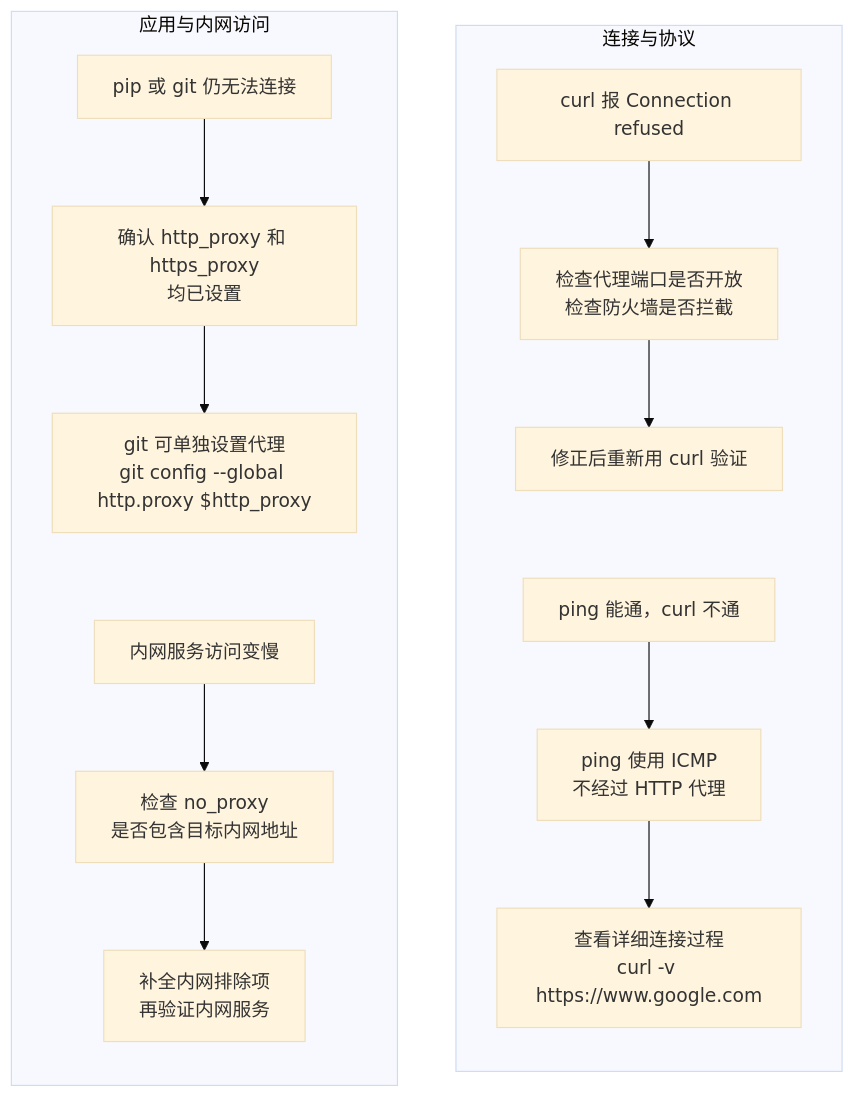
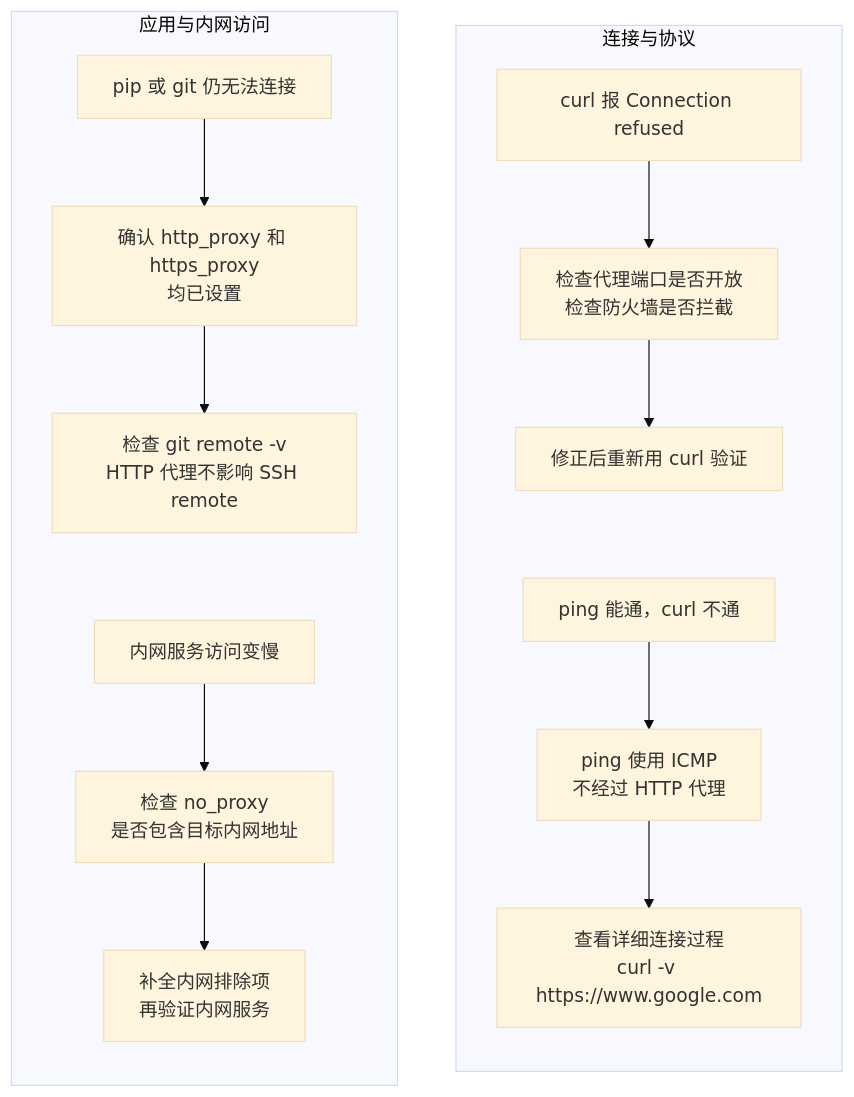
Before and after one commit to Jackie-Daddy/Lab-Tutorial: the diagram in diagrams/zh/proxy-troubleshoot.mmd, drawn with Mermaid (base theme). The commit also changed 77 other files, not shown here.

```diff
--- a/diagrams/zh/proxy-troubleshoot.mmd
+++ b/diagrams/zh/proxy-troubleshoot.mmd
@@ -1,28 +1,28 @@
 flowchart TB
   accTitle: 按症状排查代理连接
   accDescr: 按连接拒绝、ping 与 curl 表现不同、应用无法连接、内网变慢四种症状检查端口、防火墙、代理变量及 no_proxy。ping 使用 ICMP，不能用来验证 HTTP 代理。
 
 subgraph network["连接与协议"]
     direction TB
     refused["curl 报 Connection refused"]
     port["检查代理端口是否开放<br/>检查防火墙是否拦截"]
     retest["修正后重新用 curl 验证"]
     ping["ping 能通，curl 不通"]
     protocol["ping 使用 ICMP<br/>不经过 HTTP 代理"]
     verbose["查看详细连接过程<br/>curl -v https://www.google.com"]
     refused --> port --> retest
     retest ~~~ ping
     ping --> protocol --> verbose
   end
   subgraph applications["应用与内网访问"]
     direction TB
     app["pip 或 git 仍无法连接"]
     variables["确认 http_proxy 和 https_proxy<br/>均已设置"]
-    git["git 可单独设置代理<br/>git config --global http.proxy $http_proxy"]
+    git["检查 git remote -v<br/>HTTP 代理不影响 SSH remote"]
     slow["内网服务访问变慢"]
     bypass["检查 no_proxy<br/>是否包含目标内网地址"]
     direct["补全内网排除项<br/>再验证内网服务"]
     app --> variables --> git
     git ~~~ slow
     slow --> bypass --> direct
   end
```
